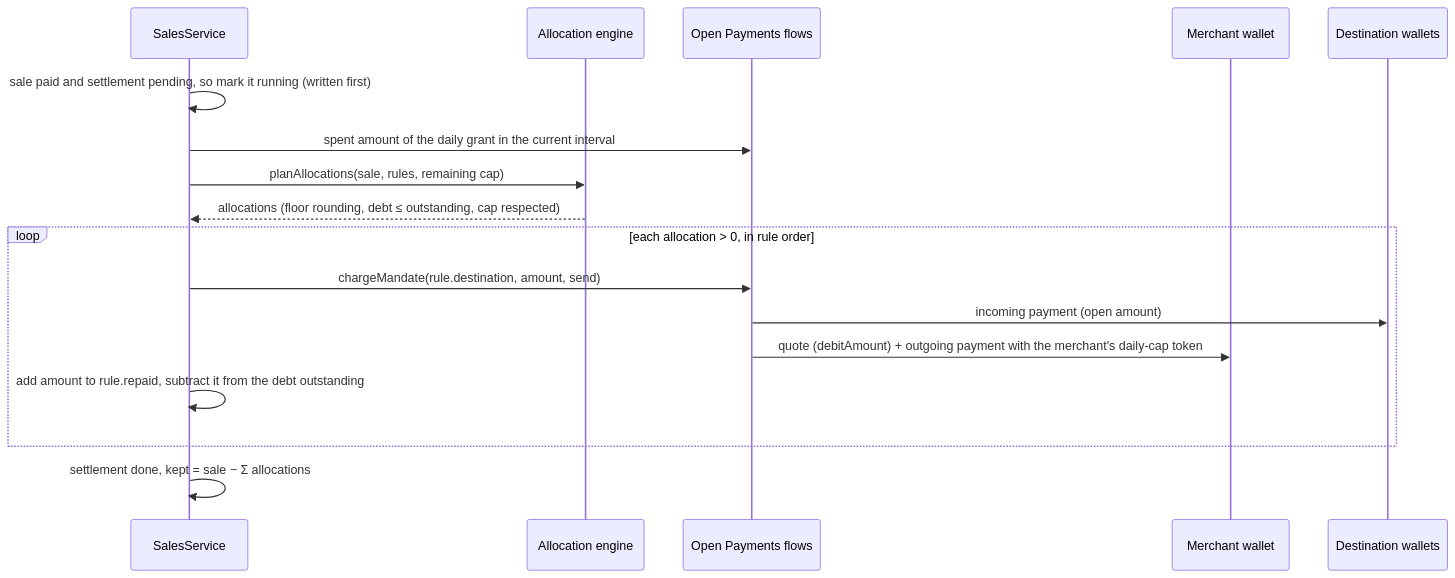
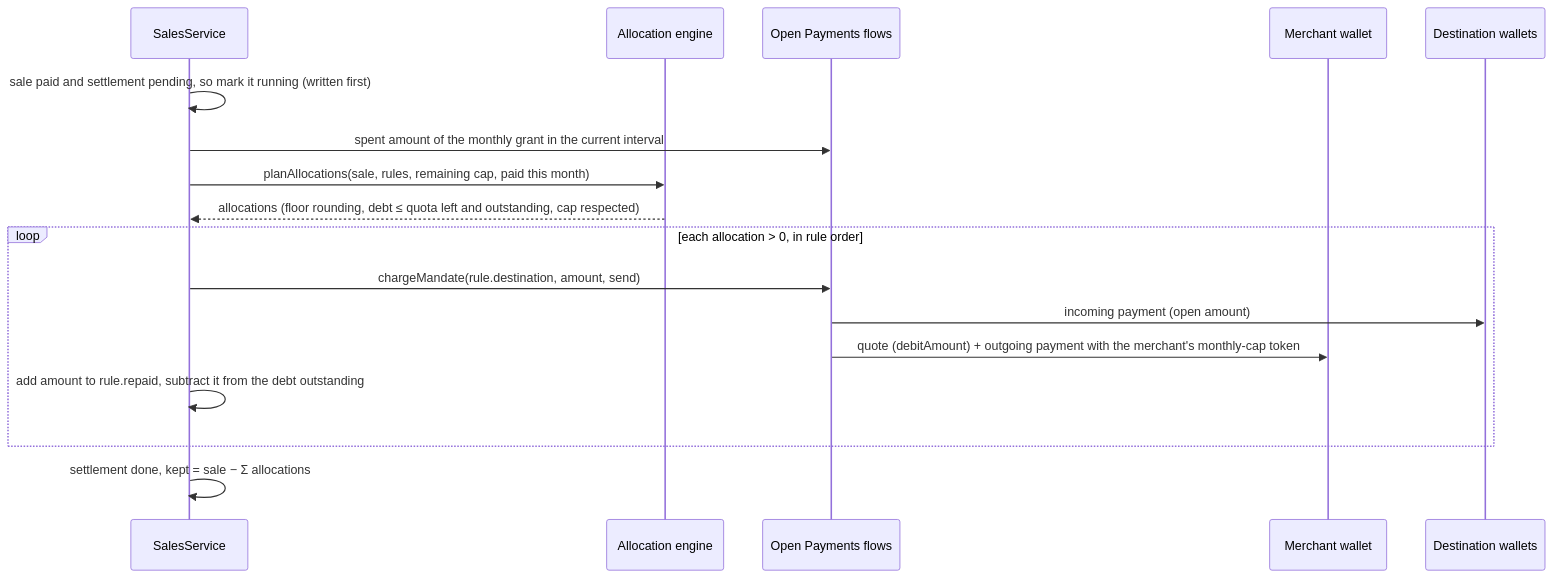
One commit to JuanMCanchala/interledger_hackathon changed the sixth of 6 diagrams in docs/SYSTEM_DESIGN.md. Above: the diagram before and after it, drawn with Mermaid. The commit also changed other lines of this file and 5 other files, not shown here.

````diff
--- a/docs/SYSTEM_DESIGN.md
+++ b/docs/SYSTEM_DESIGN.md
@@ -215,19 +215,19 @@
 ```mermaid
 sequenceDiagram
   participant S as SalesService
   participant D as Allocation engine
   participant F as Open Payments flows
   participant MW as Merchant wallet
   participant DW as Destination wallets
   S->>S: sale paid and settlement pending, so mark it running (written first)
-  S->>F: spent amount of the daily grant in the current interval
-  S->>D: planAllocations(sale, rules, remaining cap)
-  D-->>S: allocations (floor rounding, debt ≤ outstanding, cap respected)
+  S->>F: spent amount of the monthly grant in the current interval
+  S->>D: planAllocations(sale, rules, remaining cap, paid this month)
+  D-->>S: allocations (floor rounding, debt ≤ quota left and outstanding, cap respected)
   loop each allocation > 0, in rule order
     S->>F: chargeMandate(rule.destination, amount, send)
     F->>DW: incoming payment (open amount)
-    F->>MW: quote (debitAmount) + outgoing payment with the merchant's daily-cap token
+    F->>MW: quote (debitAmount) + outgoing payment with the merchant's monthly-cap token
     S->>S: add amount to rule.repaid, subtract it from the debt outstanding
   end
   S->>S: settlement done, kept = sale − Σ allocations
 ```
````
